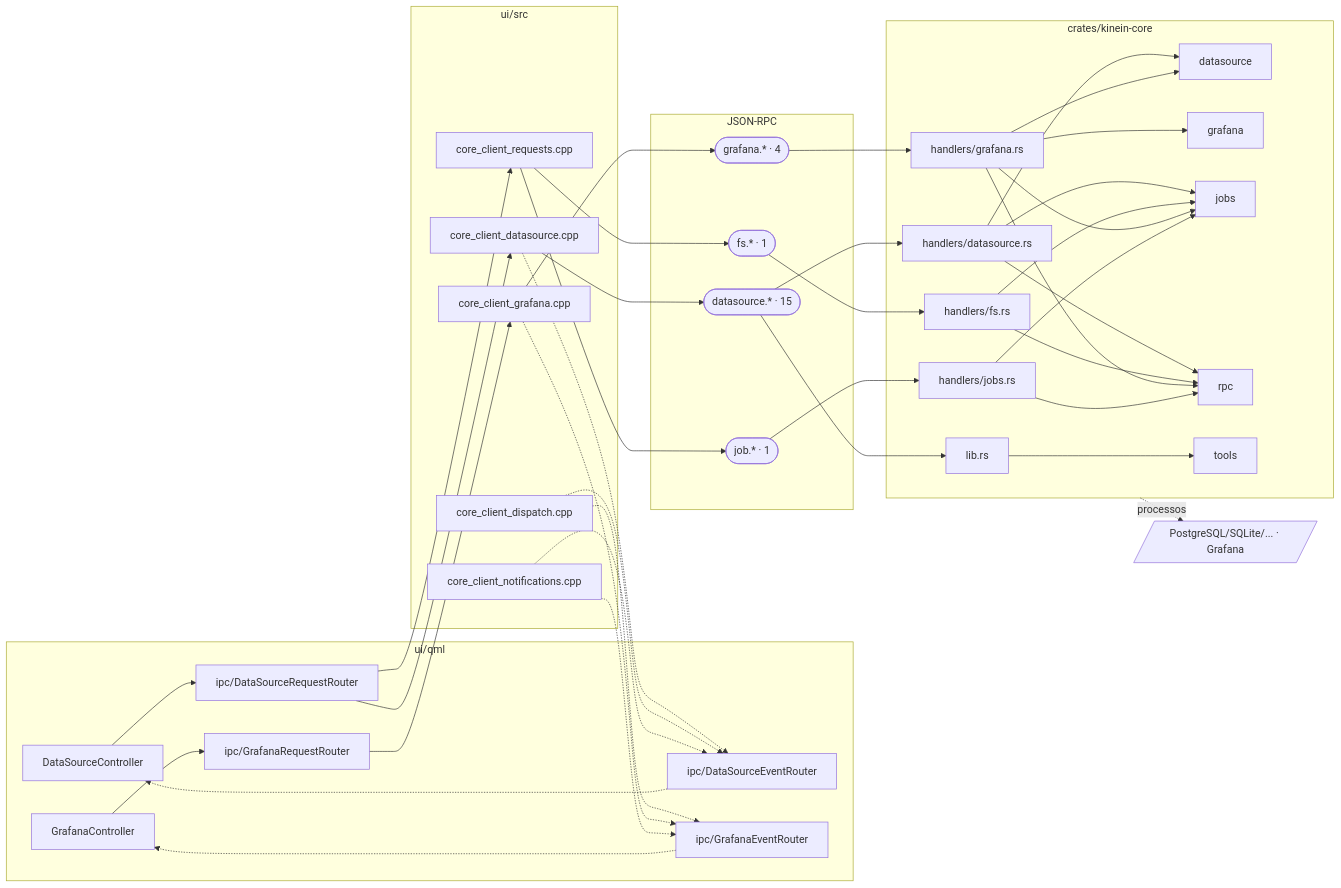
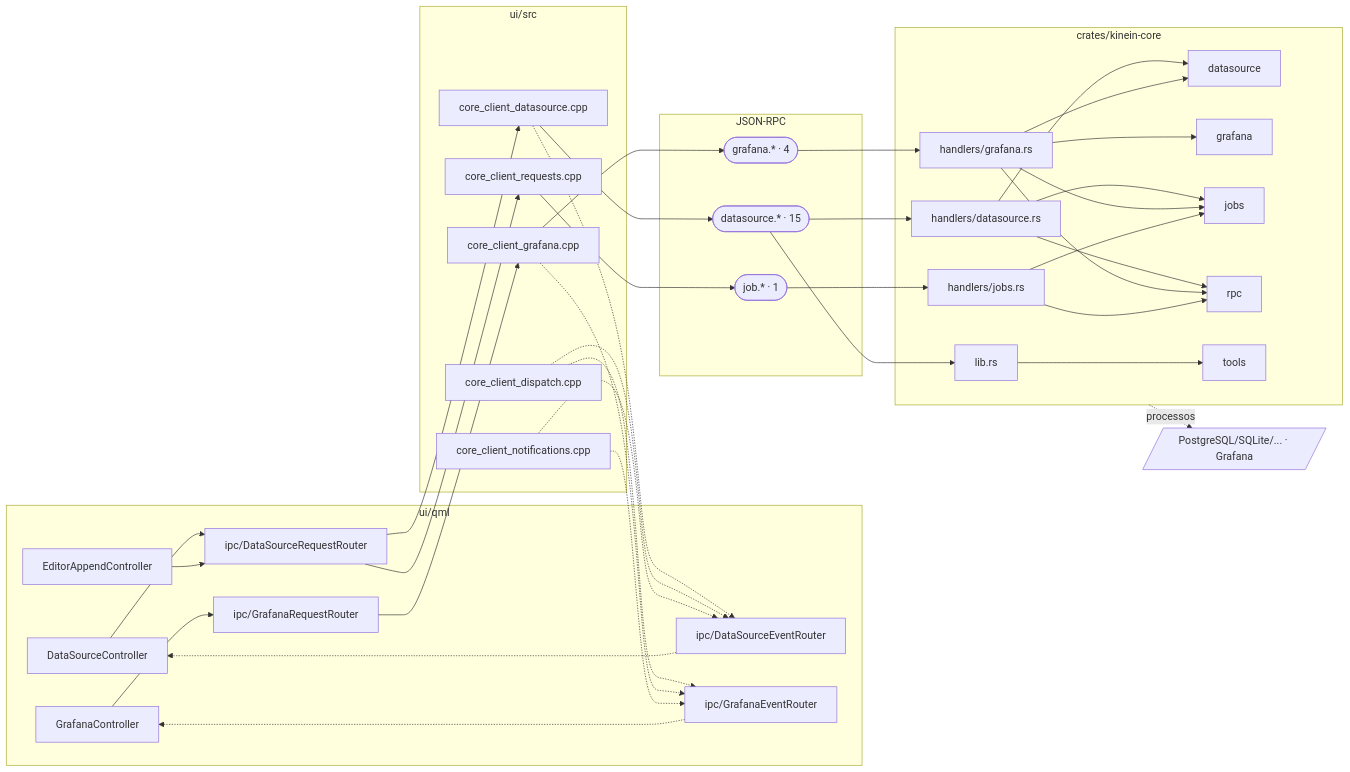
Before and after one commit to ViktorWalde/KineinVectis: diagram 13 of 16 in DocsPublic/arquitetura/01-mapa-de-modulos.md, drawn with Mermaid. The commit also changed other lines of this file and 32 other files, not shown here.

````diff
--- a/DocsPublic/arquitetura/01-mapa-de-modulos.md
+++ b/DocsPublic/arquitetura/01-mapa-de-modulos.md
@@ -1109,72 +1112,68 @@
 ```mermaid
 flowchart LR
   subgraph QML["ui/qml"]
     n_ui_qml_datasource_DataSourceController_qml["DataSourceController"]
+    n_ui_qml_editor_EditorAppendController_qml["EditorAppendController"]
     n_ui_qml_grafana_GrafanaController_qml["GrafanaController"]
     n_ui_qml_ipc_DataSourceRequestRouter_qml["ipc/DataSourceRequestRouter"]
     n_ui_qml_ipc_DataSourceEventRouter_qml["ipc/DataSourceEventRouter"]
     n_ui_qml_ipc_GrafanaRequestRouter_qml["ipc/GrafanaRequestRouter"]
     n_ui_qml_ipc_GrafanaEventRouter_qml["ipc/GrafanaEventRouter"]
   end
   subgraph CPP["ui/src"]
     n_ui_src_core_client_datasource_cpp["core_client_datasource.cpp"]
     n_ui_src_core_client_dispatch_cpp["core_client_dispatch.cpp"]
     n_ui_src_core_client_grafana_cpp["core_client_grafana.cpp"]
     n_ui_src_core_client_notifications_cpp["core_client_notifications.cpp"]
     n_ui_src_core_client_requests_cpp["core_client_requests.cpp"]
   end
   subgraph IPC["JSON-RPC"]
     n_ipc_datasource(["datasource.* · 15"])
-    n_ipc_fs(["fs.* · 1"])
     n_ipc_grafana(["grafana.* · 4"])
     n_ipc_job(["job.* · 1"])
   end
   subgraph CORE["crates/kinein-core"]
     n_crates_kinein_core_src_handlers_datasource_rs["handlers/datasource.rs"]
-    n_crates_kinein_core_src_handlers_fs_rs["handlers/fs.rs"]
     n_crates_kinein_core_src_handlers_grafana_rs["handlers/grafana.rs"]
     n_crates_kinein_core_src_handlers_jobs_rs["handlers/jobs.rs"]
     n_crates_kinein_core_src_lib_rs["lib.rs"]
     n_core_datasource[datasource]
     n_core_grafana[grafana]
     n_core_jobs[jobs]
     n_core_rpc[rpc]
     n_core_tools[tools]
   end
   n_tools_data[/"PostgreSQL/SQLite/... · Grafana"/]
   n_ui_qml_datasource_DataSourceController_qml --> n_ui_qml_ipc_DataSourceRequestRouter_qml
+  n_ui_qml_editor_EditorAppendController_qml --> n_ui_qml_ipc_DataSourceRequestRouter_qml
   n_ui_qml_grafana_GrafanaController_qml --> n_ui_qml_ipc_GrafanaRequestRouter_qml
   n_ui_qml_ipc_DataSourceEventRouter_qml -.-> n_ui_qml_datasource_DataSourceController_qml
   n_ui_qml_ipc_DataSourceRequestRouter_qml --> n_ui_src_core_client_datasource_cpp
   n_ui_qml_ipc_DataSourceRequestRouter_qml --> n_ui_src_core_client_requests_cpp
   n_ui_qml_ipc_GrafanaEventRouter_qml -.-> n_ui_qml_grafana_GrafanaController_qml
   n_ui_qml_ipc_GrafanaRequestRouter_qml --> n_ui_src_core_client_grafana_cpp
   n_ui_src_core_client_datasource_cpp --> n_ipc_datasource
   n_ui_src_core_client_datasource_cpp -.-> n_ui_qml_ipc_DataSourceEventRouter_qml
   n_ui_src_core_client_dispatch_cpp -.-> n_ui_qml_ipc_DataSourceEventRouter_qml
   n_ui_src_core_client_dispatch_cpp -.-> n_ui_qml_ipc_GrafanaEventRouter_qml
   n_ui_src_core_client_grafana_cpp --> n_ipc_grafana
   n_ui_src_core_client_grafana_cpp -.-> n_ui_qml_ipc_GrafanaEventRouter_qml
   n_ui_src_core_client_notifications_cpp -.-> n_ui_qml_ipc_DataSourceEventRouter_qml
   n_ui_src_core_client_notifications_cpp -.-> n_ui_qml_ipc_GrafanaEventRouter_qml
-  n_ui_src_core_client_requests_cpp --> n_ipc_fs
   n_ui_src_core_client_requests_cpp --> n_ipc_job
   n_ipc_datasource --> n_crates_kinein_core_src_handlers_datasource_rs
   n_crates_kinein_core_src_handlers_datasource_rs --> n_core_datasource
   n_crates_kinein_core_src_handlers_datasource_rs --> n_core_jobs
   n_crates_kinein_core_src_handlers_datasource_rs --> n_core_rpc
-  n_ipc_fs --> n_crates_kinein_core_src_handlers_fs_rs
-  n_crates_kinein_core_src_handlers_fs_rs --> n_core_jobs
-  n_crates_kinein_core_src_handlers_fs_rs --> n_core_rpc
   n_ipc_grafana --> n_crates_kinein_core_src_handlers_grafana_rs
   n_crates_kinein_core_src_handlers_grafana_rs --> n_core_datasource
   n_crates_kinein_core_src_handlers_grafana_rs --> n_core_grafana
   n_crates_kinein_core_src_handlers_grafana_rs --> n_core_jobs
   n_crates_kinein_core_src_handlers_grafana_rs --> n_core_rpc
   n_ipc_job --> n_crates_kinein_core_src_handlers_jobs_rs
   n_crates_kinein_core_src_handlers_jobs_rs --> n_core_jobs
   n_crates_kinein_core_src_handlers_jobs_rs --> n_core_rpc
   n_ipc_datasource --> n_crates_kinein_core_src_lib_rs
   n_crates_kinein_core_src_lib_rs --> n_core_tools
   CORE -.->|processos| n_tools_data
 ```
````
